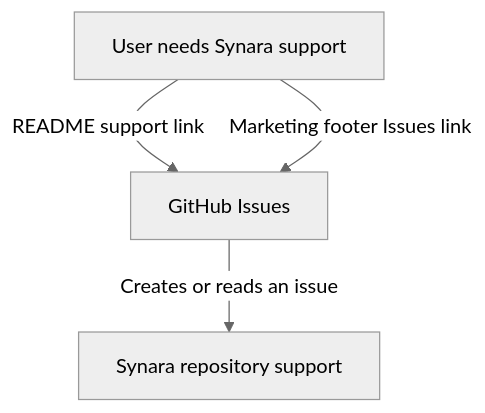
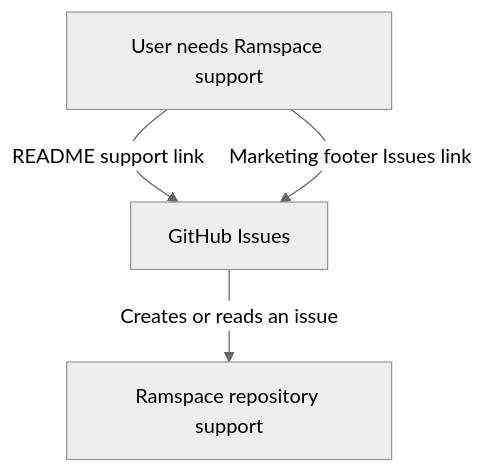
One commit to aaramsyy/ramspace changed the diagram in docs/archive/RECAP-discord-support-link.md. Above: the diagram before and after it, drawn with Mermaid (neutral theme). The commit also changed other lines of this file and 3637 other files, not shown here.

````diff
--- a/docs/archive/RECAP-discord-support-link.md
+++ b/docs/archive/RECAP-discord-support-link.md
@@ -49,6 +49,6 @@
 ```mermaid
 flowchart TD
-    A[User needs Synara support] -->|README support link| B[GitHub Issues]
+    A[User needs Ramspace support] -->|README support link| B[GitHub Issues]
     A -->|Marketing footer Issues link| B
-    B -->|Creates or reads an issue| C[Synara repository support]
+    B -->|Creates or reads an issue| C[Ramspace repository support]
 ```
````
